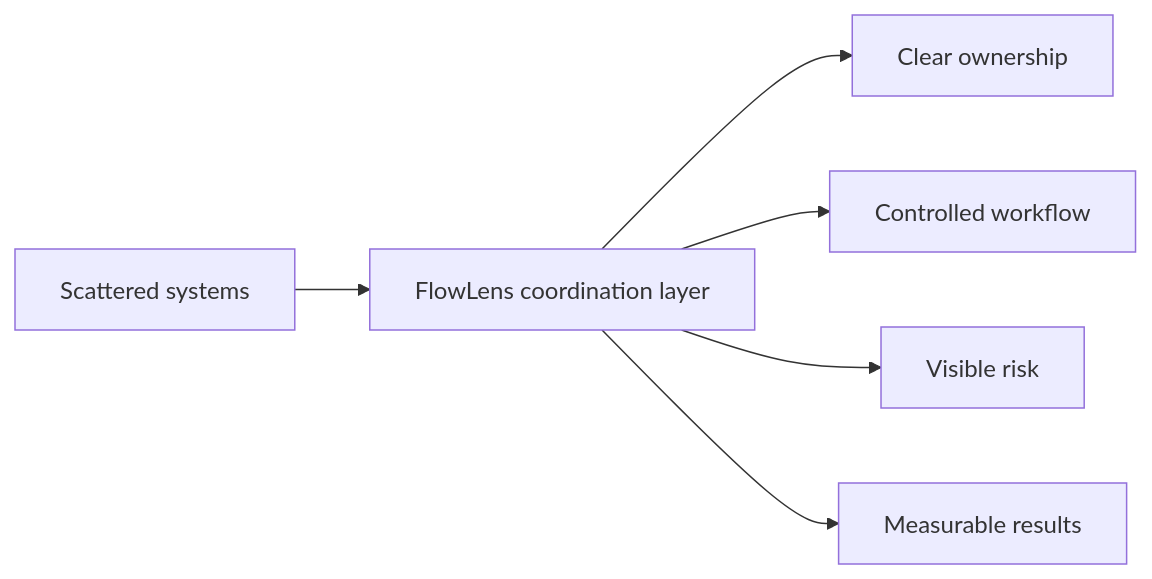
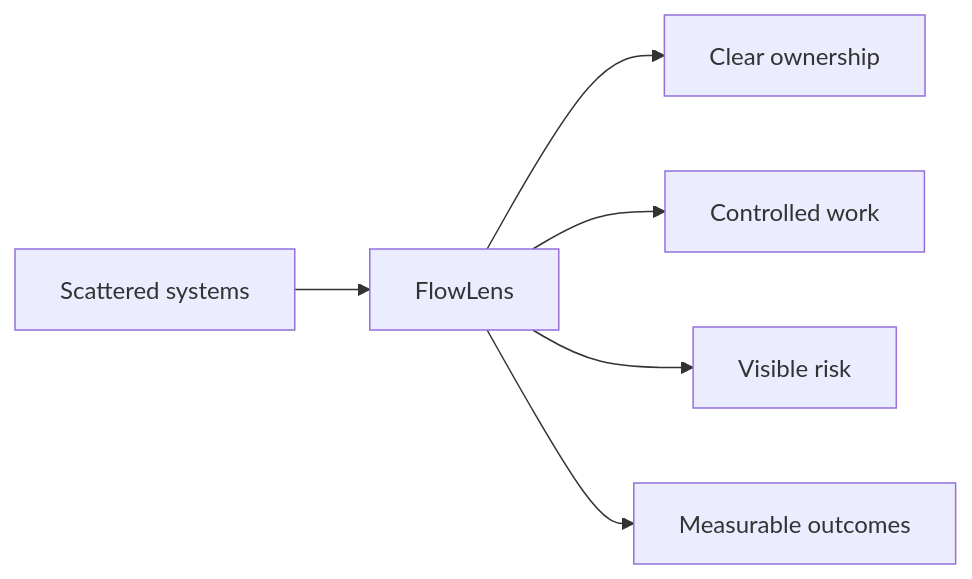
The first of 4 diagrams in README.md (kay-freeman/flowlens), drawn with Mermaid before and after one commit. The commit also changed other lines of this file and 1 other file, not shown here.

````diff
--- a/README.md
+++ b/README.md
@@ -74,8 +91,8 @@
 ```mermaid
 flowchart LR
-    A["Scattered systems"] --> B["FlowLens coordination layer"]
+    A["Scattered systems"] --> B["FlowLens"]
     B --> C["Clear ownership"]
-    B --> D["Controlled workflow"]
+    B --> D["Controlled work"]
     B --> E["Visible risk"]
-    B --> F["Measurable results"]
+    B --> F["Measurable outcomes"]
 ```
````
